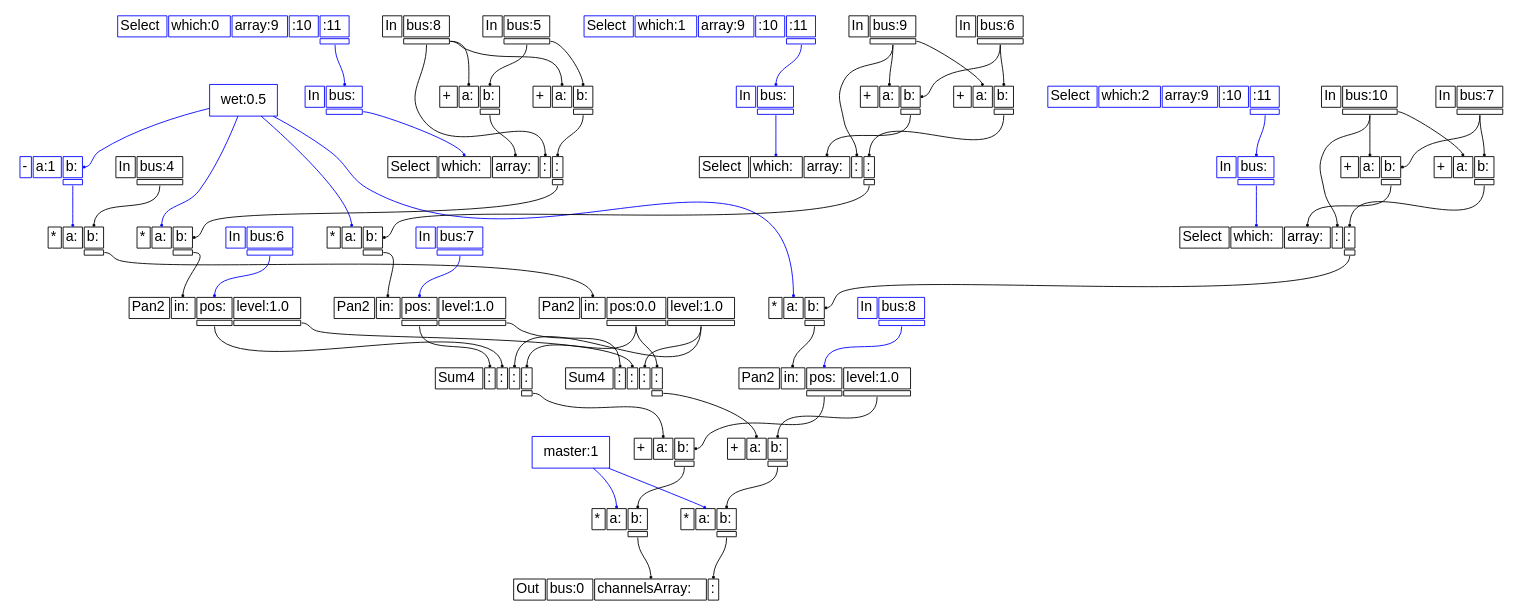
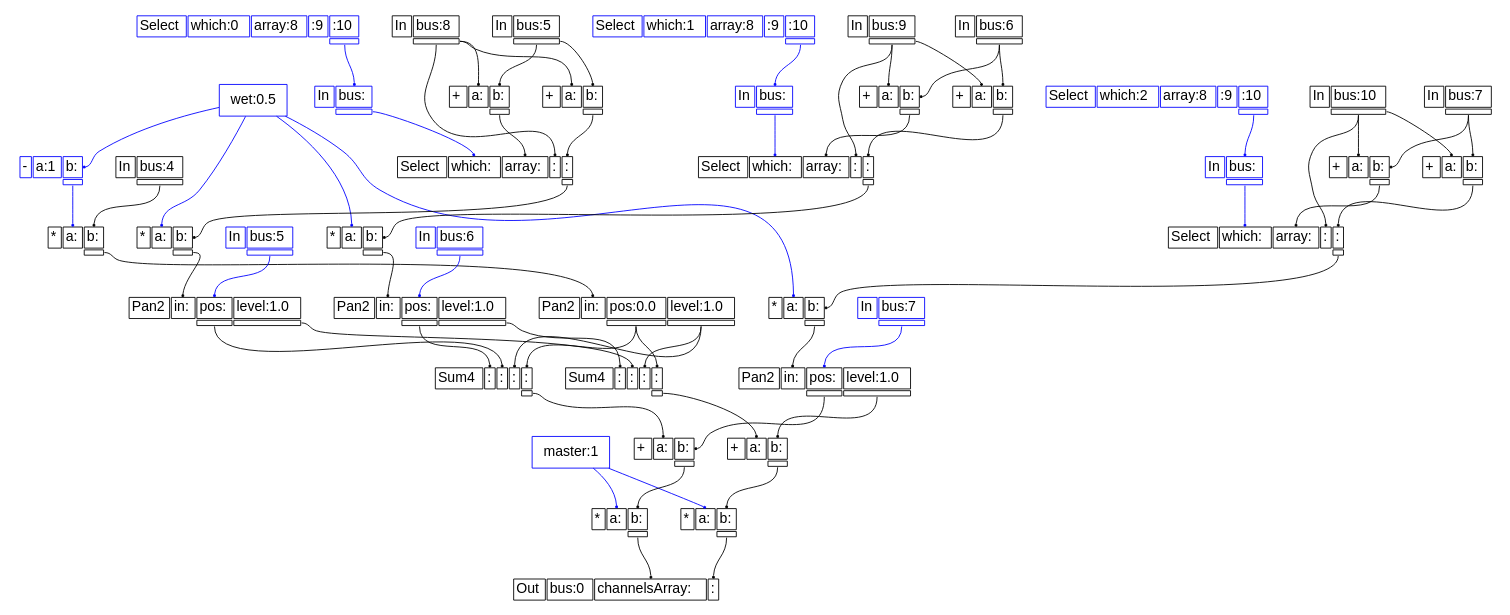
One commit to FurioColombo/Harmmmlonizer---CMLS-HW1 changed the diagram in assets/graphs/mixer.dot. Above: the diagram before and after it, drawn with Graphviz. The commit also changed 6 other files, not shown here.

```diff
--- a/assets/graphs/mixer.dot
+++ b/assets/graphs/mixer.dot
@@ -1,110 +1,110 @@
 digraph "mixer" {
 graph [splines=true];
 node [fontsize=16];
 node [fontname=Helvetica];
 edge [arrowhead=box,arrowsize=0.25];
 k_0 [shape=rectangle,color=blue,label="master:1"];
 k_1 [shape=rectangle,color=blue,label="wet:0.5"];
 u_1 [shape=plaintext,color=blue,label=<<TABLE BORDER="0" CELLBORDER="1"><TR><TD>-</TD><TD PORT="i_0">a:1</TD><TD PORT="i_1">b:</TD></TR><TR><TD BORDER="0"></TD><TD BORDER="0"></TD><TD PORT="o_0"></TD></TR></TABLE>>];
 u_2 [shape=plaintext,color=black,label=<<TABLE BORDER="0" CELLBORDER="1"><TR><TD>In</TD><TD PORT="i_0">bus:4</TD></TR><TR><TD BORDER="0"></TD><TD PORT="o_0"></TD></TR></TABLE>>];
 u_3 [shape=plaintext,color=black,label=<<TABLE BORDER="0" CELLBORDER="1"><TR><TD>*</TD><TD PORT="i_0">a:</TD><TD PORT="i_1">b:</TD></TR><TR><TD BORDER="0"></TD><TD BORDER="0"></TD><TD PORT="o_0"></TD></TR></TABLE>>];
 u_4 [shape=plaintext,color=black,label=<<TABLE BORDER="0" CELLBORDER="1"><TR><TD>Pan2</TD><TD PORT="i_0">in:</TD><TD PORT="i_1">pos:0.0</TD><TD PORT="i_2">level:1.0</TD></TR><TR><TD BORDER="0"></TD><TD BORDER="0"></TD><TD PORT="o_0"></TD><TD PORT="o_1"></TD></TR></TABLE>>];
-u_5 [shape=plaintext,color=blue,label=<<TABLE BORDER="0" CELLBORDER="1"><TR><TD>In</TD><TD PORT="i_0">bus:6</TD></TR><TR><TD BORDER="0"></TD><TD PORT="o_0"></TD></TR></TABLE>>];
+u_5 [shape=plaintext,color=blue,label=<<TABLE BORDER="0" CELLBORDER="1"><TR><TD>In</TD><TD PORT="i_0">bus:5</TD></TR><TR><TD BORDER="0"></TD><TD PORT="o_0"></TD></TR></TABLE>>];
 u_6 [shape=plaintext,color=black,label=<<TABLE BORDER="0" CELLBORDER="1"><TR><TD>In</TD><TD PORT="i_0">bus:8</TD></TR><TR><TD BORDER="0"></TD><TD PORT="o_0"></TD></TR></TABLE>>];
 u_7 [shape=plaintext,color=black,label=<<TABLE BORDER="0" CELLBORDER="1"><TR><TD>In</TD><TD PORT="i_0">bus:5</TD></TR><TR><TD BORDER="0"></TD><TD PORT="o_0"></TD></TR></TABLE>>];
 u_8 [shape=plaintext,color=black,label=<<TABLE BORDER="0" CELLBORDER="1"><TR><TD>+</TD><TD PORT="i_0">a:</TD><TD PORT="i_1">b:</TD></TR><TR><TD BORDER="0"></TD><TD BORDER="0"></TD><TD PORT="o_0"></TD></TR></TABLE>>];
 u_9 [shape=plaintext,color=black,label=<<TABLE BORDER="0" CELLBORDER="1"><TR><TD>+</TD><TD PORT="i_0">a:</TD><TD PORT="i_1">b:</TD></TR><TR><TD BORDER="0"></TD><TD BORDER="0"></TD><TD PORT="o_0"></TD></TR></TABLE>>];
-u_10 [shape=plaintext,color=blue,label=<<TABLE BORDER="0" CELLBORDER="1"><TR><TD>Select</TD><TD PORT="i_0">which:0</TD><TD PORT="i_1">array:9</TD><TD PORT="i_2">:10</TD><TD PORT="i_3">:11</TD></TR><TR><TD BORDER="0"></TD><TD BORDER="0"></TD><TD BORDER="0"></TD><TD BORDER="0"></TD><TD PORT="o_0"></TD></TR></TABLE>>];
+u_10 [shape=plaintext,color=blue,label=<<TABLE BORDER="0" CELLBORDER="1"><TR><TD>Select</TD><TD PORT="i_0">which:0</TD><TD PORT="i_1">array:8</TD><TD PORT="i_2">:9</TD><TD PORT="i_3">:10</TD></TR><TR><TD BORDER="0"></TD><TD BORDER="0"></TD><TD BORDER="0"></TD><TD BORDER="0"></TD><TD PORT="o_0"></TD></TR></TABLE>>];
 u_11 [shape=plaintext,color=blue,label=<<TABLE BORDER="0" CELLBORDER="1"><TR><TD>In</TD><TD PORT="i_0">bus:</TD></TR><TR><TD BORDER="0"></TD><TD PORT="o_0"></TD></TR></TABLE>>];
 u_12 [shape=plaintext,color=black,label=<<TABLE BORDER="0" CELLBORDER="1"><TR><TD>Select</TD><TD PORT="i_0">which:</TD><TD PORT="i_1">array:</TD><TD PORT="i_2">:</TD><TD PORT="i_3">:</TD></TR><TR><TD BORDER="0"></TD><TD BORDER="0"></TD><TD BORDER="0"></TD><TD BORDER="0"></TD><TD PORT="o_0"></TD></TR></TABLE>>];
 u_13 [shape=plaintext,color=black,label=<<TABLE BORDER="0" CELLBORDER="1"><TR><TD>*</TD><TD PORT="i_0">a:</TD><TD PORT="i_1">b:</TD></TR><TR><TD BORDER="0"></TD><TD BORDER="0"></TD><TD PORT="o_0"></TD></TR></TABLE>>];
 u_14 [shape=plaintext,color=black,label=<<TABLE BORDER="0" CELLBORDER="1"><TR><TD>Pan2</TD><TD PORT="i_0">in:</TD><TD PORT="i_1">pos:</TD><TD PORT="i_2">level:1.0</TD></TR><TR><TD BORDER="0"></TD><TD BORDER="0"></TD><TD PORT="o_0"></TD><TD PORT="o_1"></TD></TR></TABLE>>];
-u_15 [shape=plaintext,color=blue,label=<<TABLE BORDER="0" CELLBORDER="1"><TR><TD>In</TD><TD PORT="i_0">bus:7</TD></TR><TR><TD BORDER="0"></TD><TD PORT="o_0"></TD></TR></TABLE>>];
+u_15 [shape=plaintext,color=blue,label=<<TABLE BORDER="0" CELLBORDER="1"><TR><TD>In</TD><TD PORT="i_0">bus:6</TD></TR><TR><TD BORDER="0"></TD><TD PORT="o_0"></TD></TR></TABLE>>];
 u_16 [shape=plaintext,color=black,label=<<TABLE BORDER="0" CELLBORDER="1"><TR><TD>In</TD><TD PORT="i_0">bus:9</TD></TR><TR><TD BORDER="0"></TD><TD PORT="o_0"></TD></TR></TABLE>>];
 u_17 [shape=plaintext,color=black,label=<<TABLE BORDER="0" CELLBORDER="1"><TR><TD>In</TD><TD PORT="i_0">bus:6</TD></TR><TR><TD BORDER="0"></TD><TD PORT="o_0"></TD></TR></TABLE>>];
 u_18 [shape=plaintext,color=black,label=<<TABLE BORDER="0" CELLBORDER="1"><TR><TD>+</TD><TD PORT="i_0">a:</TD><TD PORT="i_1">b:</TD></TR><TR><TD BORDER="0"></TD><TD BORDER="0"></TD><TD PORT="o_0"></TD></TR></TABLE>>];
 u_19 [shape=plaintext,color=black,label=<<TABLE BORDER="0" CELLBORDER="1"><TR><TD>+</TD><TD PORT="i_0">a:</TD><TD PORT="i_1">b:</TD></TR><TR><TD BORDER="0"></TD><TD BORDER="0"></TD><TD PORT="o_0"></TD></TR></TABLE>>];
-u_20 [shape=plaintext,color=blue,label=<<TABLE BORDER="0" CELLBORDER="1"><TR><TD>Select</TD><TD PORT="i_0">which:1</TD><TD PORT="i_1">array:9</TD><TD PORT="i_2">:10</TD><TD PORT="i_3">:11</TD></TR><TR><TD BORDER="0"></TD><TD BORDER="0"></TD><TD BORDER="0"></TD><TD BORDER="0"></TD><TD PORT="o_0"></TD></TR></TABLE>>];
+u_20 [shape=plaintext,color=blue,label=<<TABLE BORDER="0" CELLBORDER="1"><TR><TD>Select</TD><TD PORT="i_0">which:1</TD><TD PORT="i_1">array:8</TD><TD PORT="i_2">:9</TD><TD PORT="i_3">:10</TD></TR><TR><TD BORDER="0"></TD><TD BORDER="0"></TD><TD BORDER="0"></TD><TD BORDER="0"></TD><TD PORT="o_0"></TD></TR></TABLE>>];
 u_21 [shape=plaintext,color=blue,label=<<TABLE BORDER="0" CELLBORDER="1"><TR><TD>In</TD><TD PORT="i_0">bus:</TD></TR><TR><TD BORDER="0"></TD><TD PORT="o_0"></TD></TR></TABLE>>];
 u_22 [shape=plaintext,color=black,label=<<TABLE BORDER="0" CELLBORDER="1"><TR><TD>Select</TD><TD PORT="i_0">which:</TD><TD PORT="i_1">array:</TD><TD PORT="i_2">:</TD><TD PORT="i_3">:</TD></TR><TR><TD BORDER="0"></TD><TD BORDER="0"></TD><TD BORDER="0"></TD><TD BORDER="0"></TD><TD PORT="o_0"></TD></TR></TABLE>>];
 u_23 [shape=plaintext,color=black,label=<<TABLE BORDER="0" CELLBORDER="1"><TR><TD>*</TD><TD PORT="i_0">a:</TD><TD PORT="i_1">b:</TD></TR><TR><TD BORDER="0"></TD><TD BORDER="0"></TD><TD PORT="o_0"></TD></TR></TABLE>>];
 u_24 [shape=plaintext,color=black,label=<<TABLE BORDER="0" CELLBORDER="1"><TR><TD>Pan2</TD><TD PORT="i_0">in:</TD><TD PORT="i_1">pos:</TD><TD PORT="i_2">level:1.0</TD></TR><TR><TD BORDER="0"></TD><TD BORDER="0"></TD><TD PORT="o_0"></TD><TD PORT="o_1"></TD></TR></TABLE>>];
 u_25 [shape=plaintext,color=black,label=<<TABLE BORDER="0" CELLBORDER="1"><TR><TD>Sum4</TD><TD PORT="i_0">:</TD><TD PORT="i_1">:</TD><TD PORT="i_2">:</TD><TD PORT="i_3">:</TD></TR><TR><TD BORDER="0"></TD><TD BORDER="0"></TD><TD BORDER="0"></TD><TD BORDER="0"></TD><TD PORT="o_0"></TD></TR></TABLE>>];
 u_26 [shape=plaintext,color=black,label=<<TABLE BORDER="0" CELLBORDER="1"><TR><TD>Sum4</TD><TD PORT="i_0">:</TD><TD PORT="i_1">:</TD><TD PORT="i_2">:</TD><TD PORT="i_3">:</TD></TR><TR><TD BORDER="0"></TD><TD BORDER="0"></TD><TD BORDER="0"></TD><TD BORDER="0"></TD><TD PORT="o_0"></TD></TR></TABLE>>];
-u_27 [shape=plaintext,color=blue,label=<<TABLE BORDER="0" CELLBORDER="1"><TR><TD>In</TD><TD PORT="i_0">bus:8</TD></TR><TR><TD BORDER="0"></TD><TD PORT="o_0"></TD></TR></TABLE>>];
+u_27 [shape=plaintext,color=blue,label=<<TABLE BORDER="0" CELLBORDER="1"><TR><TD>In</TD><TD PORT="i_0">bus:7</TD></TR><TR><TD BORDER="0"></TD><TD PORT="o_0"></TD></TR></TABLE>>];
 u_28 [shape=plaintext,color=black,label=<<TABLE BORDER="0" CELLBORDER="1"><TR><TD>In</TD><TD PORT="i_0">bus:10</TD></TR><TR><TD BORDER="0"></TD><TD PORT="o_0"></TD></TR></TABLE>>];
 u_29 [shape=plaintext,color=black,label=<<TABLE BORDER="0" CELLBORDER="1"><TR><TD>In</TD><TD PORT="i_0">bus:7</TD></TR><TR><TD BORDER="0"></TD><TD PORT="o_0"></TD></TR></TABLE>>];
 u_30 [shape=plaintext,color=black,label=<<TABLE BORDER="0" CELLBORDER="1"><TR><TD>+</TD><TD PORT="i_0">a:</TD><TD PORT="i_1">b:</TD></TR><TR><TD BORDER="0"></TD><TD BORDER="0"></TD><TD PORT="o_0"></TD></TR></TABLE>>];
 u_31 [shape=plaintext,color=black,label=<<TABLE BORDER="0" CELLBORDER="1"><TR><TD>+</TD><TD PORT="i_0">a:</TD><TD PORT="i_1">b:</TD></TR><TR><TD BORDER="0"></TD><TD BORDER="0"></TD><TD PORT="o_0"></TD></TR></TABLE>>];
-u_32 [shape=plaintext,color=blue,label=<<TABLE BORDER="0" CELLBORDER="1"><TR><TD>Select</TD><TD PORT="i_0">which:2</TD><TD PORT="i_1">array:9</TD><TD PORT="i_2">:10</TD><TD PORT="i_3">:11</TD></TR><TR><TD BORDER="0"></TD><TD BORDER="0"></TD><TD BORDER="0"></TD><TD BORDER="0"></TD><TD PORT="o_0"></TD></TR></TABLE>>];
+u_32 [shape=plaintext,color=blue,label=<<TABLE BORDER="0" CELLBORDER="1"><TR><TD>Select</TD><TD PORT="i_0">which:2</TD><TD PORT="i_1">array:8</TD><TD PORT="i_2">:9</TD><TD PORT="i_3">:10</TD></TR><TR><TD BORDER="0"></TD><TD BORDER="0"></TD><TD BORDER="0"></TD><TD BORDER="0"></TD><TD PORT="o_0"></TD></TR></TABLE>>];
 u_33 [shape=plaintext,color=blue,label=<<TABLE BORDER="0" CELLBORDER="1"><TR><TD>In</TD><TD PORT="i_0">bus:</TD></TR><TR><TD BORDER="0"></TD><TD PORT="o_0"></TD></TR></TABLE>>];
 u_34 [shape=plaintext,color=black,label=<<TABLE BORDER="0" CELLBORDER="1"><TR><TD>Select</TD><TD PORT="i_0">which:</TD><TD PORT="i_1">array:</TD><TD PORT="i_2">:</TD><TD PORT="i_3">:</TD></TR><TR><TD BORDER="0"></TD><TD BORDER="0"></TD><TD BORDER="0"></TD><TD BORDER="0"></TD><TD PORT="o_0"></TD></TR></TABLE>>];
 u_35 [shape=plaintext,color=black,label=<<TABLE BORDER="0" CELLBORDER="1"><TR><TD>*</TD><TD PORT="i_0">a:</TD><TD PORT="i_1">b:</TD></TR><TR><TD BORDER="0"></TD><TD BORDER="0"></TD><TD PORT="o_0"></TD></TR></TABLE>>];
 u_36 [shape=plaintext,color=black,label=<<TABLE BORDER="0" CELLBORDER="1"><TR><TD>Pan2</TD><TD PORT="i_0">in:</TD><TD PORT="i_1">pos:</TD><TD PORT="i_2">level:1.0</TD></TR><TR><TD BORDER="0"></TD><TD BORDER="0"></TD><TD PORT="o_0"></TD><TD PORT="o_1"></TD></TR></TABLE>>];
 u_37 [shape=plaintext,color=black,label=<<TABLE BORDER="0" CELLBORDER="1"><TR><TD>+</TD><TD PORT="i_0">a:</TD><TD PORT="i_1">b:</TD></TR><TR><TD BORDER="0"></TD><TD BORDER="0"></TD><TD PORT="o_0"></TD></TR></TABLE>>];
 u_38 [shape=plaintext,color=black,label=<<TABLE BORDER="0" CELLBORDER="1"><TR><TD>*</TD><TD PORT="i_0">a:</TD><TD PORT="i_1">b:</TD></TR><TR><TD BORDER="0"></TD><TD BORDER="0"></TD><TD PORT="o_0"></TD></TR></TABLE>>];
 u_39 [shape=plaintext,color=black,label=<<TABLE BORDER="0" CELLBORDER="1"><TR><TD>+</TD><TD PORT="i_0">a:</TD><TD PORT="i_1">b:</TD></TR><TR><TD BORDER="0"></TD><TD BORDER="0"></TD><TD PORT="o_0"></TD></TR></TABLE>>];
 u_40 [shape=plaintext,color=black,label=<<TABLE BORDER="0" CELLBORDER="1"><TR><TD>*</TD><TD PORT="i_0">a:</TD><TD PORT="i_1">b:</TD></TR><TR><TD BORDER="0"></TD><TD BORDER="0"></TD><TD PORT="o_0"></TD></TR></TABLE>>];
 u_41 [shape=plaintext,color=black,label=<<TABLE BORDER="0" CELLBORDER="1"><TR><TD>Out</TD><TD PORT="i_0">bus:0</TD><TD PORT="i_1">channelsArray:</TD><TD PORT="i_2">:</TD></TR></TABLE>>];
 k_1 -> u_1:i_1 [color=blue];
 u_1:o_0 -> u_3:i_0 [color=blue];
 u_2:o_0 -> u_3:i_1 [color=black];
 u_3:o_0 -> u_4:i_0 [color=black];
 u_6:o_0 -> u_8:i_0 [color=black];
 u_7:o_0 -> u_8:i_1 [color=black];
 u_6:o_0 -> u_9:i_0 [color=black];
 u_7:o_0 -> u_9:i_1 [color=black];
 u_10:o_0 -> u_11:i_0 [color=blue];
 u_11:o_0 -> u_12:i_0 [color=blue];
 u_8:o_0 -> u_12:i_1 [color=black];
 u_6:o_0 -> u_12:i_2 [color=black];
 u_9:o_0 -> u_12:i_3 [color=black];
 k_1 -> u_13:i_0 [color=blue];
 u_12:o_0 -> u_13:i_1 [color=black];
 u_13:o_0 -> u_14:i_0 [color=black];
 u_5:o_0 -> u_14:i_1 [color=blue];
 u_16:o_0 -> u_18:i_0 [color=black];
 u_17:o_0 -> u_18:i_1 [color=black];
 u_16:o_0 -> u_19:i_0 [color=black];
 u_17:o_0 -> u_19:i_1 [color=black];
 u_20:o_0 -> u_21:i_0 [color=blue];
 u_21:o_0 -> u_22:i_0 [color=blue];
 u_18:o_0 -> u_22:i_1 [color=black];
 u_16:o_0 -> u_22:i_2 [color=black];
 u_19:o_0 -> u_22:i_3 [color=black];
 k_1 -> u_23:i_0 [color=blue];
 u_22:o_0 -> u_23:i_1 [color=black];
 u_23:o_0 -> u_24:i_0 [color=black];
 u_15:o_0 -> u_24:i_1 [color=blue];
 u_24:o_0 -> u_25:i_0 [color=black];
 u_14:o_0 -> u_25:i_1 [color=black];
 u_4:o_1 -> u_25:i_2 [color=black];
 u_4:o_0 -> u_25:i_3 [color=black];
 u_24:o_1 -> u_26:i_0 [color=black];
 u_14:o_1 -> u_26:i_1 [color=black];
 u_4:o_1 -> u_26:i_2 [color=black];
 u_4:o_0 -> u_26:i_3 [color=black];
 u_28:o_0 -> u_30:i_0 [color=black];
 u_29:o_0 -> u_30:i_1 [color=black];
 u_28:o_0 -> u_31:i_0 [color=black];
 u_29:o_0 -> u_31:i_1 [color=black];
 u_32:o_0 -> u_33:i_0 [color=blue];
 u_33:o_0 -> u_34:i_0 [color=blue];
 u_30:o_0 -> u_34:i_1 [color=black];
 u_28:o_0 -> u_34:i_2 [color=black];
 u_31:o_0 -> u_34:i_3 [color=black];
 k_1 -> u_35:i_0 [color=blue];
 u_34:o_0 -> u_35:i_1 [color=black];
 u_35:o_0 -> u_36:i_0 [color=black];
 u_27:o_0 -> u_36:i_1 [color=blue];
 u_25:o_0 -> u_37:i_0 [color=black];
 u_36:o_0 -> u_37:i_1 [color=black];
 k_0 -> u_38:i_0 [color=blue];
 u_37:o_0 -> u_38:i_1 [color=black];
 u_26:o_0 -> u_39:i_0 [color=black];
 u_36:o_1 -> u_39:i_1 [color=black];
 k_0 -> u_40:i_0 [color=blue];
 u_39:o_0 -> u_40:i_1 [color=black];
 u_38:o_0 -> u_41:i_1 [color=black];
 u_40:o_0 -> u_41:i_2 [color=black];
 }
```
